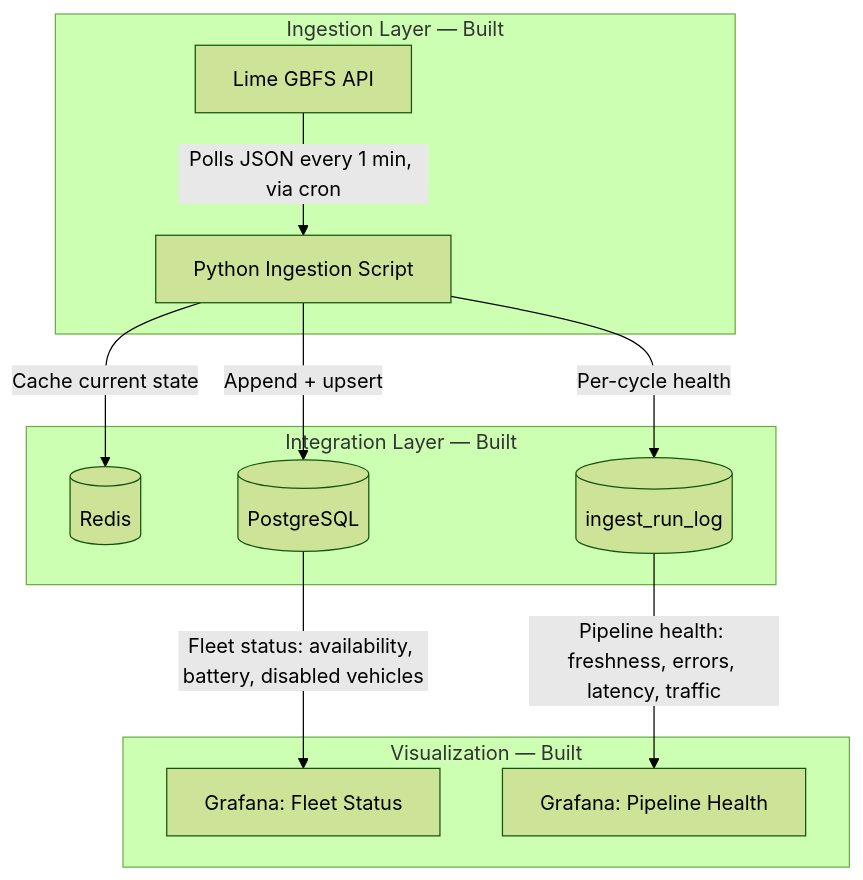
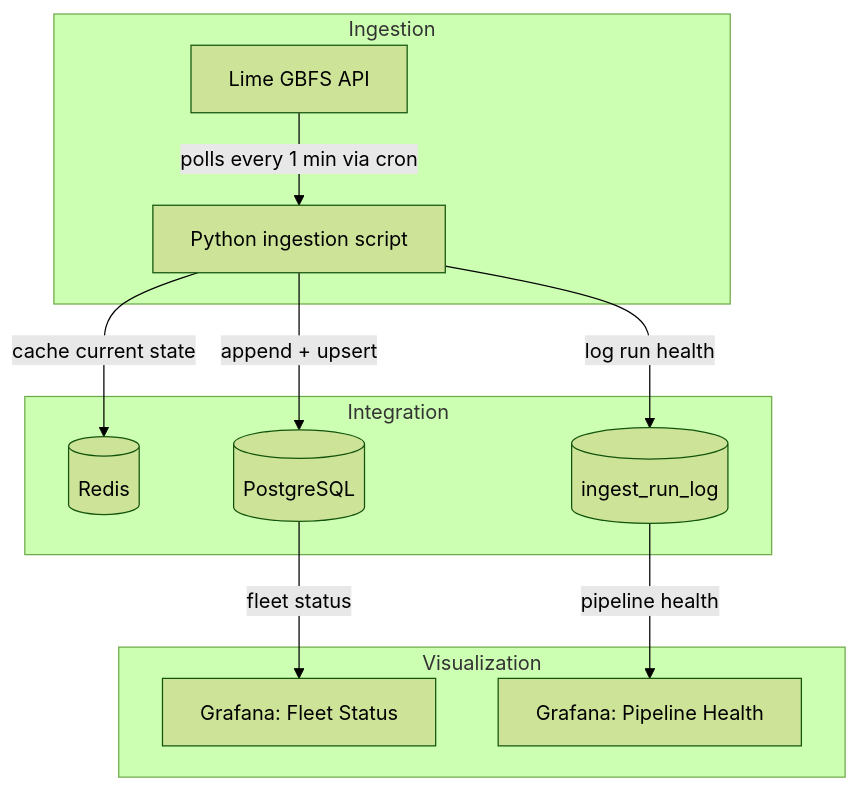
Before and after one commit to Rick-Houser/gbfs-fleet-telemetry: the diagram in README.md, drawn with Mermaid (forest theme). The commit also changed other lines of this file and 2 other files, not shown here.

````diff
--- a/README.md
+++ b/README.md
@@ -31,17 +34,17 @@
 ```mermaid
 flowchart TD
-    subgraph Ingestion["Ingestion Layer — Built"]
-        A[Lime GBFS API] -->|Polls JSON every 1 min, via cron| B[Python Ingestion Script]
+    subgraph Ingestion["Ingestion"]
+        A[Lime GBFS API] -->|polls every 1 min via cron| B[Python ingestion script]
     end
 
-    subgraph Integration["Integration Layer — Built"]
-        B -->|Cache current state| C[(Redis)]
-        B -->|Append + upsert| F[(PostgreSQL)]
-        B -->|Per-cycle health| I[(ingest_run_log)]
+    subgraph Integration["Integration"]
+        B -->|cache current state| C[(Redis)]
+        B -->|append + upsert| F[(PostgreSQL)]
+        B -->|log run health| I[(ingest_run_log)]
     end
 
-    subgraph Visualization["Visualization — Built"]
-        F -->|Fleet status: availability, battery, disabled vehicles| J[Grafana: Fleet Status]
-        I -->|Pipeline health: freshness, errors, latency, traffic| K[Grafana: Pipeline Health]
+    subgraph Visualization["Visualization"]
+        F -->|fleet status| J[Grafana: Fleet Status]
+        I -->|pipeline health| K[Grafana: Pipeline Health]
     end
 ```
````
